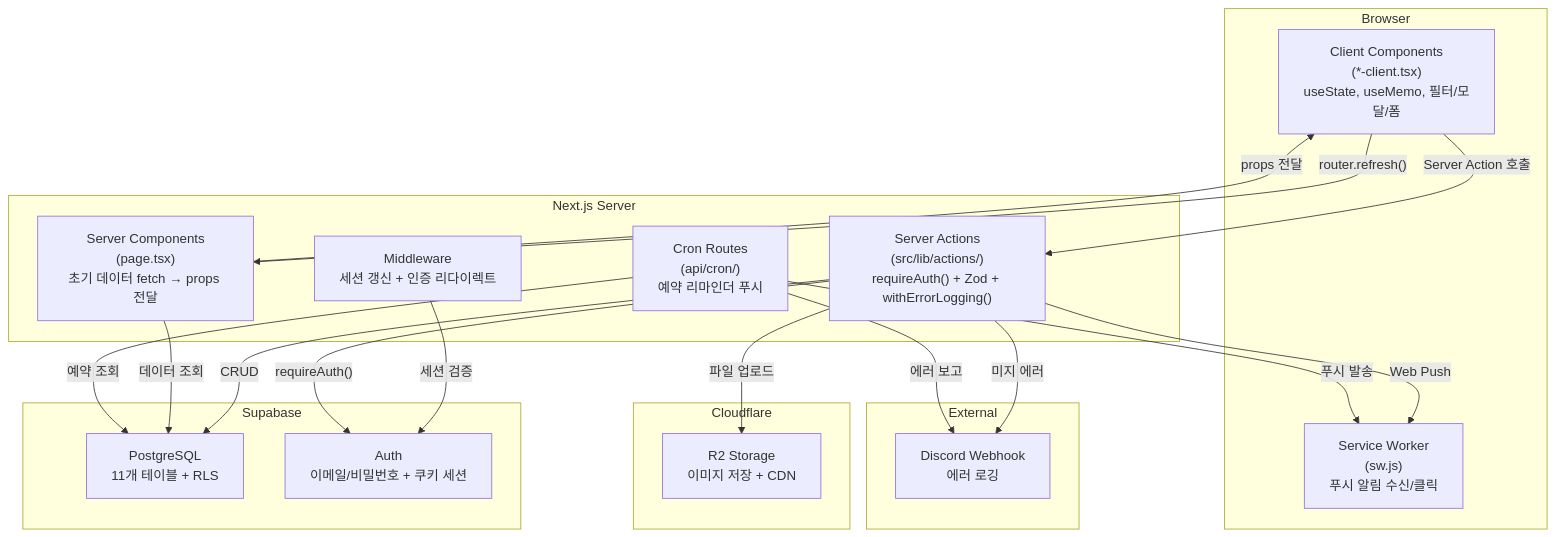
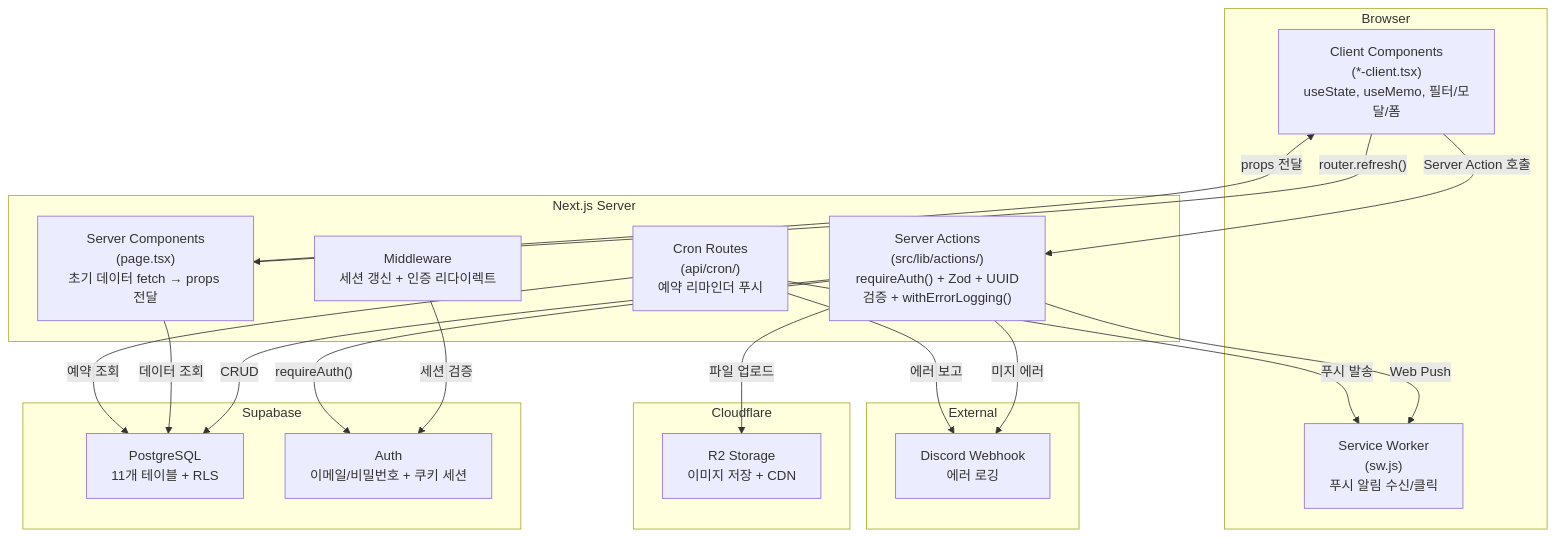
One commit to flori-ai-kr/web changed the first of 4 diagrams in docs/ARCHITECTURE.md. Above: the diagram before and after it, drawn with Mermaid. The commit also changed other lines of this file and 34 other files, not shown here.

````diff
--- a/docs/ARCHITECTURE.md
+++ b/docs/ARCHITECTURE.md
@@ -11,41 +11,41 @@
 ```mermaid
 graph TB
     subgraph Browser
         CC["Client Components<br/>(*-client.tsx)<br/>useState, useMemo, 필터/모달/폼"]
         SW["Service Worker<br/>(sw.js)<br/>푸시 알림 수신/클릭"]
     end
 
     subgraph NextServer["Next.js Server"]
         MW["Middleware<br/>세션 갱신 + 인증 리다이렉트"]
         SC["Server Components<br/>(page.tsx)<br/>초기 데이터 fetch → props 전달"]
-        SA["Server Actions<br/>(src/lib/actions/)<br/>requireAuth() + Zod + withErrorLogging()"]
+        SA["Server Actions<br/>(src/lib/actions/)<br/>requireAuth() + Zod + UUID검증 + withErrorLogging()"]
         CR["Cron Routes<br/>(api/cron/)<br/>예약 리마인더 푸시"]
     end
 
     subgraph External
         DC["Discord Webhook<br/>에러 로깅"]
     end
 
     subgraph Supabase
         PG["PostgreSQL<br/>11개 테이블 + RLS"]
         AU["Auth<br/>이메일/비밀번호 + 쿠키 세션"]
     end
 
     subgraph Cloudflare
         R2["R2 Storage<br/>이미지 저장 + CDN"]
     end
 
     CC -->|"Server Action 호출"| SA
     CC -->|"router.refresh()"| SC
     SC -->|"props 전달"| CC
     MW -->|"세션 검증"| AU
     SA -->|"requireAuth()"| AU
     SA -->|"CRUD"| PG
     SA -->|"파일 업로드"| R2
     SA -->|"미지 에러"| DC
     SA -->|"Web Push"| SW
     SC -->|"데이터 조회"| PG
     CR -->|"예약 조회"| PG
     CR -->|"푸시 발송"| SW
     CR -->|"에러 보고"| DC
 ```
````
